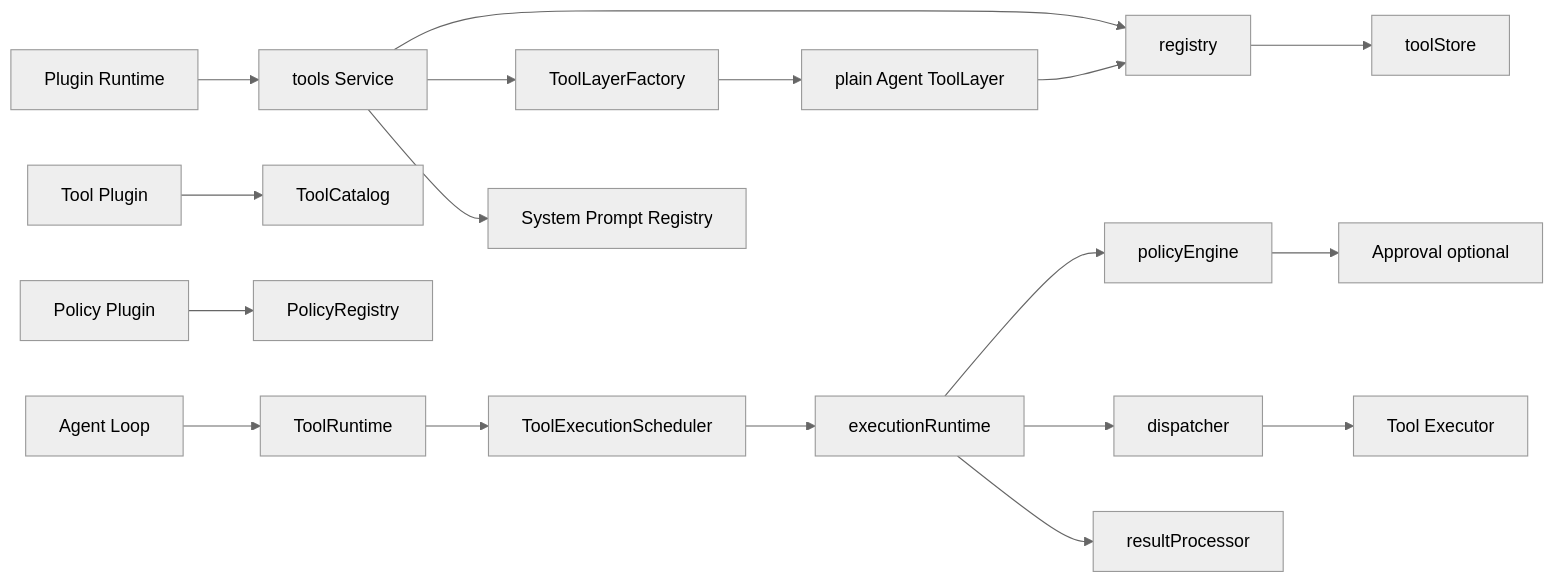
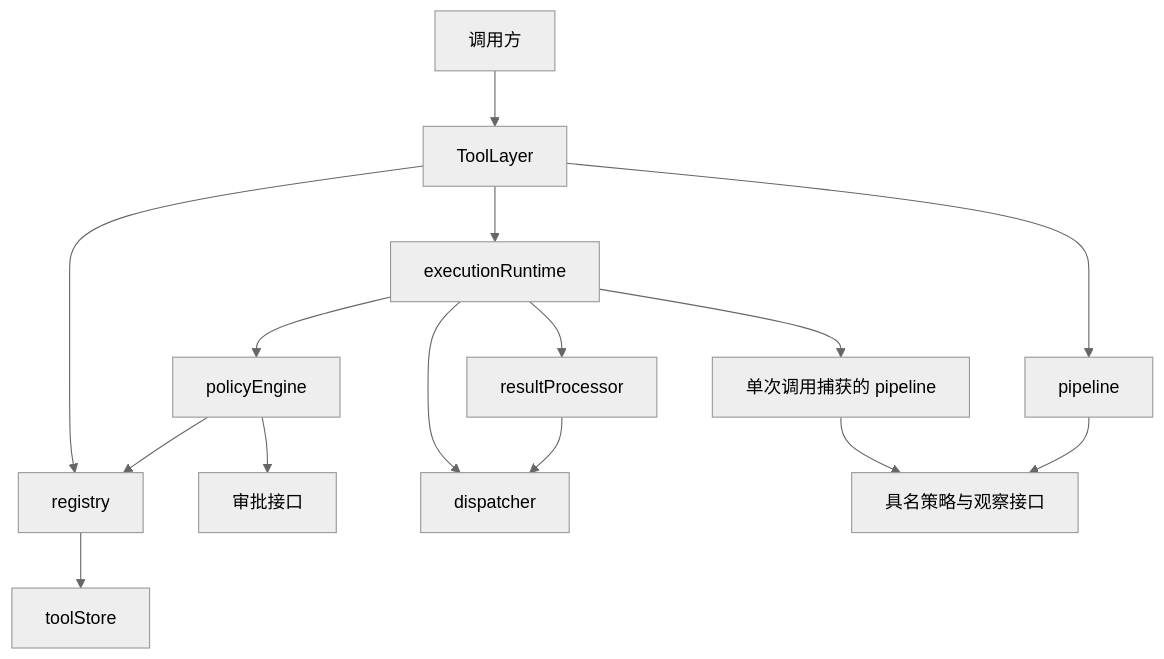
One commit to gorenx/goren changed the first of 2 diagrams in tools/README.zh-CN.md. Above: the diagram before and after it, drawn with Mermaid (neutral theme). The commit also changed other lines of this file and 9 other files, not shown here.

Commit message:
docs(actor): describe tool publication and prompt baseline contracts

````diff
--- a/tools/README.zh-CN.md
+++ b/tools/README.zh-CN.md
@@ -58,20 +24,17 @@
 ```mermaid
-flowchart LR
-    Runtime[Plugin Runtime] --> Service[tools Service]
-    ToolPlugin[Tool Plugin] --> Catalog[ToolCatalog]
-    PolicyPlugin[Policy Plugin] --> Policies[PolicyRegistry]
-    AgentLoop[Agent Loop] --> ToolRuntime[ToolRuntime]
-    ToolRuntime --> Scheduler[ToolExecutionScheduler]
-    Service --> Registry[registry]
-    Service --> Factory[ToolLayerFactory]
-    Factory --> AgentLayer[plain Agent ToolLayer]
-    AgentLayer --> Registry
+flowchart TD
+    Caller[调用方] --> Layer[ToolLayer]
+    Layer --> Registry[registry]
     Registry --> Store[toolStore]
-    Scheduler --> Execution[executionRuntime]
-    Execution --> Policy[policyEngine]
-    Execution --> Dispatch[dispatcher]
-    Execution --> Result[resultProcessor]
-    Policy --> Approval[Approval optional]
-    Service --> Prompt[System Prompt Registry]
-    Dispatch --> Executor[Tool Executor]
+    Layer --> Runtime[executionRuntime]
+    Layer --> Pipeline[pipeline]
+    Runtime --> Policy[policyEngine]
+    Runtime --> Dispatch[dispatcher]
+    Runtime --> Result[resultProcessor]
+    Policy --> Registry
+    Runtime --> Snapshot[单次调用捕获的 pipeline]
+    Snapshot --> Ports
+    Result --> Dispatch
+    Pipeline --> Ports[具名策略与观察接口]
+    Policy --> Approval[审批接口]
 ```
````
